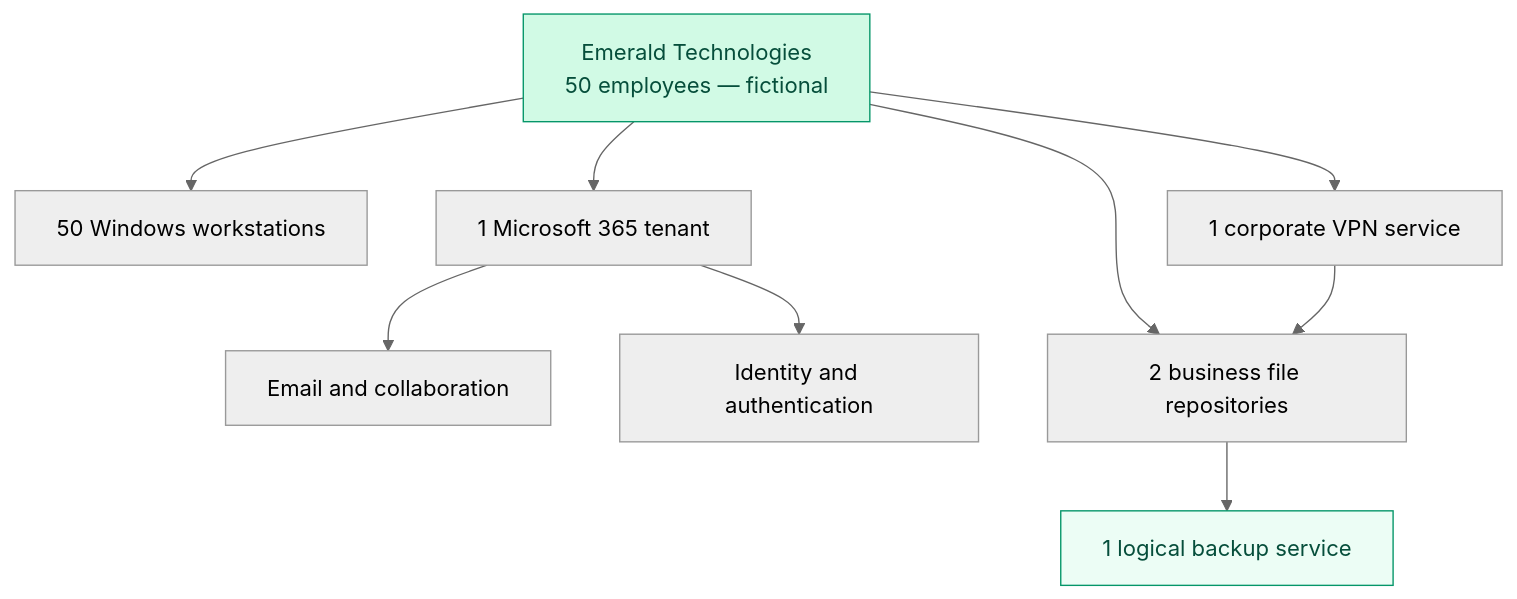
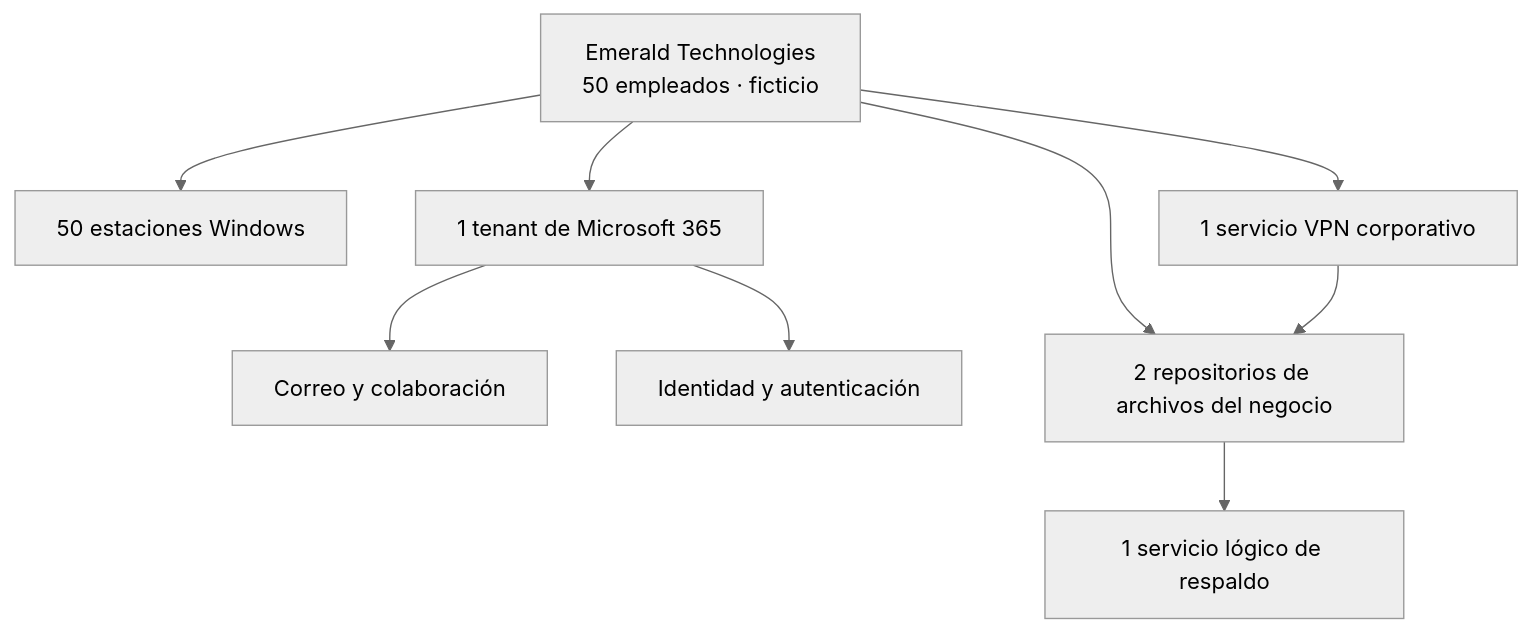
Before and after one commit to fefemora/it-portfolio-es: the diagram in Information-Security/Enterprise-Risk-Assessment/assets/asset-inventory.md, drawn with Mermaid (neutral theme). The commit also changed other lines of this file, not shown here.

Commit message:
docs(es): translate asset inventory and risk register with Mermaid chart

````diff
--- a/Information-Security/Enterprise-Risk-Assessment/assets/asset-inventory.md
+++ b/Information-Security/Enterprise-Risk-Assessment/assets/asset-inventory.md
@@ -30,14 +30,12 @@
 ```mermaid
 flowchart TB
-    C["Emerald Technologies<br/>50 employees — fictional"]
-    C --> D["50 Windows workstations"]
-    C --> I["1 Microsoft 365 tenant"]
-    C --> V["1 corporate VPN service"]
-    I --> E["Email and collaboration"]
-    I --> ID["Identity and authentication"]
-    C --> F["2 business file repositories"]
-    F --> B["1 logical backup service"]
+    C["Emerald Technologies<br/>50 empleados · ficticio"]
+    C --> D["50 estaciones Windows"]
+    C --> I["1 tenant de Microsoft 365"]
+    C --> V["1 servicio VPN corporativo"]
+    I --> E["Correo y colaboración"]
+    I --> ID["Identidad y autenticación"]
+    C --> F["2 repositorios de archivos del negocio"]
+    F --> B["1 servicio lógico de respaldo"]
     V --> F
-    style C fill:#d1fae5,stroke:#059669,color:#064e3b
-    style B fill:#ecfdf5,stroke:#059669,color:#064e3b
 ```
````
